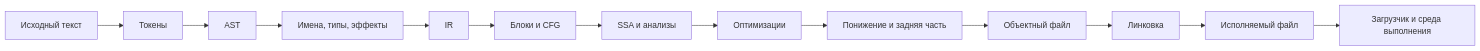
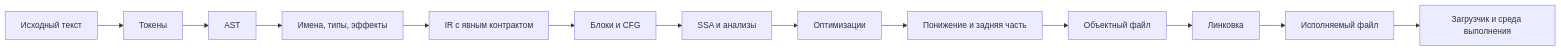
One commit to Misha1302/Middle-end-compiler-cource changed the diagram in docs/modules/01-pipeline-and-diagnostic.md. Above: the diagram before and after it, drawn with Mermaid. The commit also changed other lines of this file and 24 other files, not shown here.

````diff
--- a/docs/modules/01-pipeline-and-diagnostic.md
+++ b/docs/modules/01-pipeline-and-diagnostic.md
@@ -33,15 +33,15 @@
 ```mermaid
 flowchart LR
   S[Исходный текст] --> T[Токены]
   T --> AST[AST]
   AST --> SEM[Имена, типы, эффекты]
-  SEM --> IR[IR]
+  SEM --> IR[IR с явным контрактом]
   IR --> CFG[Блоки и CFG]
   CFG --> SSA[SSA и анализы]
   SSA --> OPT[Оптимизации]
   OPT --> LOW[Понижение и задняя часть]
   LOW --> OBJ[Объектный файл]
   OBJ --> LINK[Линковка]
   LINK --> EXE[Исполняемый файл]
   EXE --> RUN[Загрузчик и среда выполнения]
 ```
````
